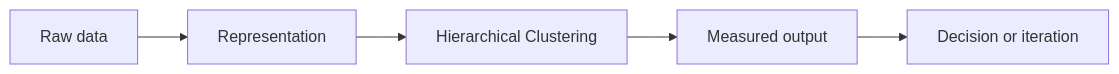
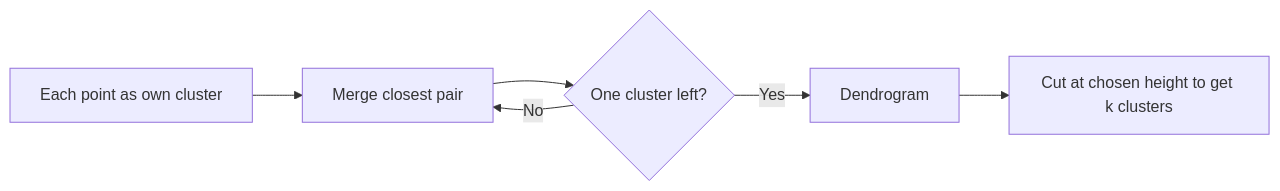
Before and after one commit to Icon1cc/Machine-Learning: the diagram in classical-ml/11-hierarchical-clustering.md, drawn with Mermaid. The commit also changed other lines of this file and 264 other files, not shown here.

````diff
--- a/classical-ml/11-hierarchical-clustering.md
+++ b/classical-ml/11-hierarchical-clustering.md
@@ -92,7 +173,8 @@
 ```mermaid
 flowchart LR
-    A[Raw data] --> B[Representation]
-    B --> C[Hierarchical Clustering]
-    C --> D[Measured output]
-    D --> E[Decision or iteration]
+    P[Each point as own cluster] --> M[Merge closest pair]
+    M --> R{One cluster left?}
+    R -- No --> M
+    R -- Yes --> D[Dendrogram]
+    D --> C[Cut at chosen height to get k clusters]
 ```
````
